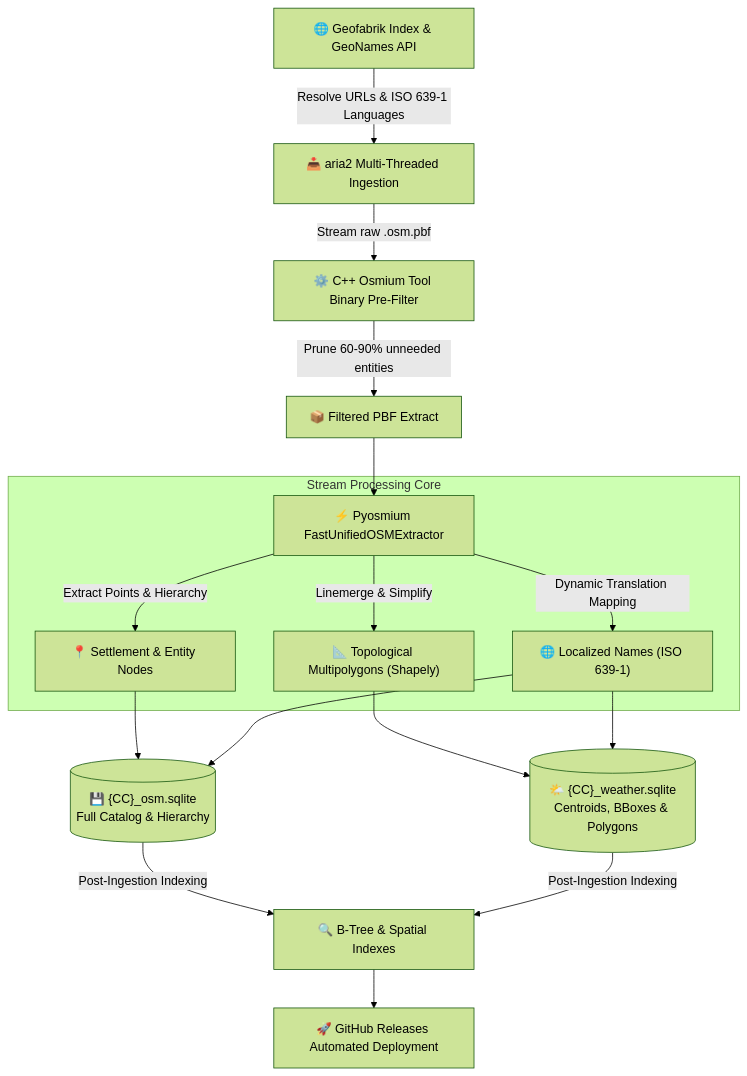
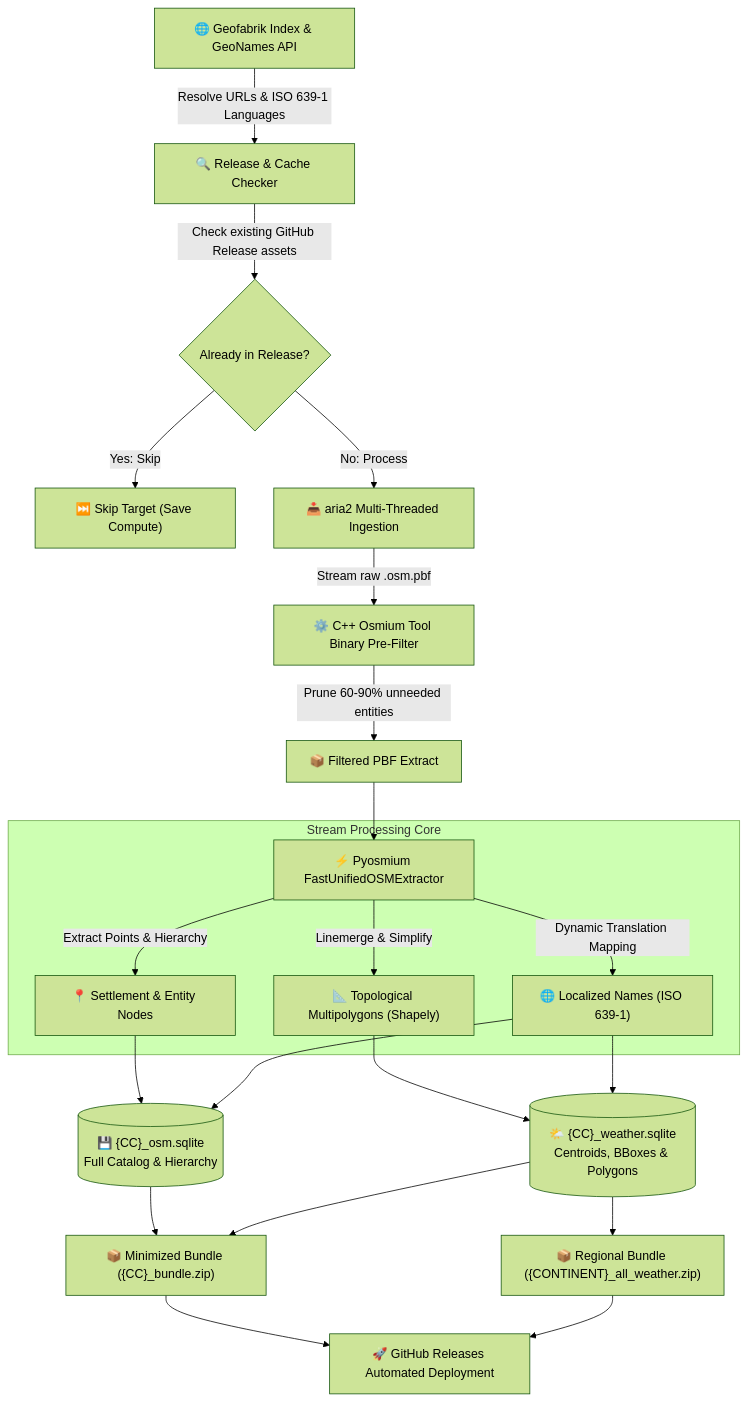
Before and after one commit to vkk5880/osm-geospatial-engine: the first of 2 diagrams in README.md, drawn with Mermaid (forest theme). The commit also changed other lines of this file and 4 other files, not shown here.

Commit message:
feat: add minimized zip bundles, combined regional archives, and incremental release harvesting

````diff
--- a/README.md
+++ b/README.md
@@ -39,23 +41,29 @@
 ```mermaid
 flowchart TD
-    A["🌐 Geofabrik Index & GeoNames API"] -->|Resolve URLs & ISO 639-1 Languages| B["📥 aria2 Multi-Threaded Ingestion"]
-    B -->|Stream raw .osm.pbf| C["⚙️ C++ Osmium Tool Binary Pre-Filter"]
-    C -->|Prune 60-90% unneeded entities| D["📦 Filtered PBF Extract"]
-    D --> E["⚡ Pyosmium FastUnifiedOSMExtractor"]
+    A["🌐 Geofabrik Index & GeoNames API"] -->|Resolve URLs & ISO 639-1 Languages| B["🔍 Release & Cache Checker"]
+    B -->|Check existing GitHub Release assets| C{"Already in Release?"}
+    C -->|Yes: Skip| D["⏭️ Skip Target (Save Compute)"]
+    C -->|No: Process| E["📥 aria2 Multi-Threaded Ingestion"]
+    
+    E -->|Stream raw .osm.pbf| F["⚙️ C++ Osmium Tool Binary Pre-Filter"]
+    F -->|Prune 60-90% unneeded entities| G["📦 Filtered PBF Extract"]
+    G --> H["⚡ Pyosmium FastUnifiedOSMExtractor"]
     
     subgraph "Stream Processing Core"
-        E -->|Extract Points & Hierarchy| F["📍 Settlement & Entity Nodes"]
-        E -->|Linemerge & Simplify| G["📐 Topological Multipolygons (Shapely)"]
-        E -->|Dynamic Translation Mapping| H["🌐 Localized Names (ISO 639-1)"]
+        H -->|Extract Points & Hierarchy| I["📍 Settlement & Entity Nodes"]
+        H -->|Linemerge & Simplify| J["📐 Topological Multipolygons (Shapely)"]
+        H -->|Dynamic Translation Mapping| K["🌐 Localized Names (ISO 639-1)"]
     end
     
-    F --> I[("💾 {CC}_osm.sqlite\nFull Catalog & Hierarchy")]
-    G --> J[("🌤️ {CC}_weather.sqlite\nCentroids, BBoxes & Polygons")]
-    H --> I
-    H --> J
+    I --> L[("💾 {CC}_osm.sqlite\nFull Catalog & Hierarchy")]
+    J --> M[("🌤️ {CC}_weather.sqlite\nCentroids, BBoxes & Polygons")]
+    K --> L
+    K --> M
     
-    I -->|Post-Ingestion Indexing| K["🔍 B-Tree & Spatial Indexes"]
-    J -->|Post-Ingestion Indexing| K
+    L --> N["📦 Minimized Bundle ({CC}_bundle.zip)"]
+    M --> N
+    M --> O["📦 Regional Bundle ({CONTINENT}_all_weather.zip)"]
     
-    K --> L["🚀 GitHub Releases Automated Deployment"]
+    N --> P["🚀 GitHub Releases Automated Deployment"]
+    O --> P
 ```
````
